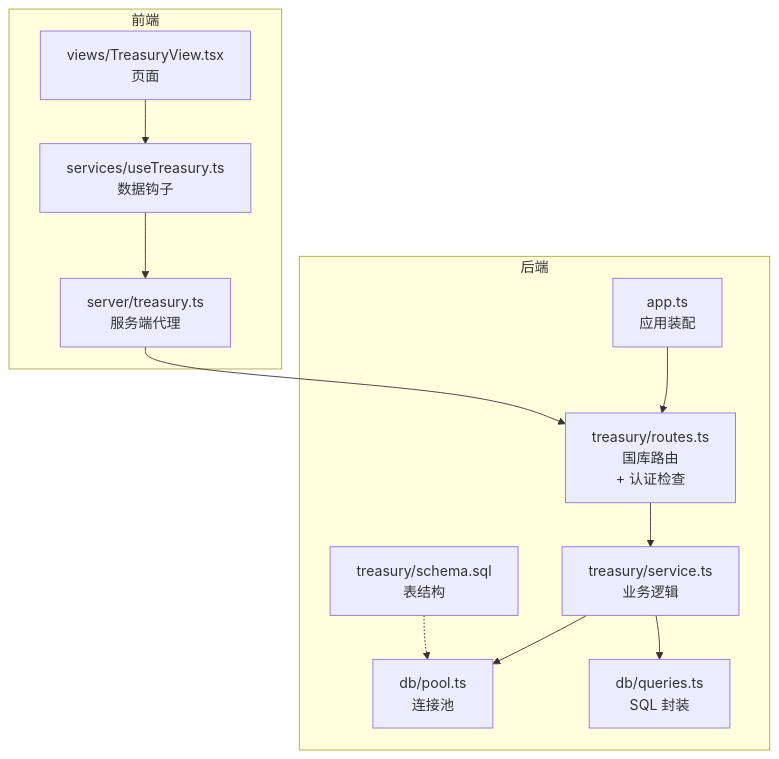
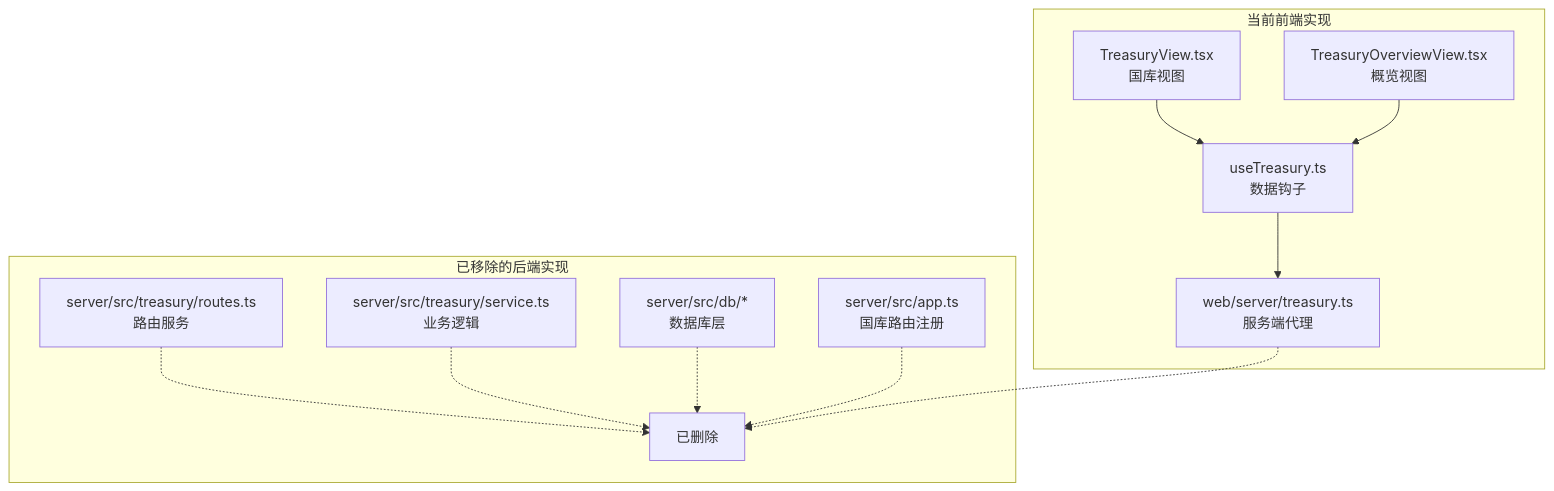
One commit to Maki3991/study-PactLedger changed the first of 2 diagrams in .qoder/repowiki/zh/content/业务逻辑层/国库管理系统.md. Above: the diagram before and after it, drawn with Mermaid. The commit also changed other lines of this file and 8 other files, not shown here.

````diff
--- a/.qoder/repowiki/zh/content/业务逻辑层/国库管理系统.md
+++ b/.qoder/repowiki/zh/content/业务逻辑层/国库管理系统.md
@@ -43,15 +47,15 @@
 ```mermaid
 graph TB
-subgraph "后端"
-A["app.ts<br/>应用装配"] --> B["treasury/routes.ts<br/>国库路由<br/>+ 认证检查"]
-B --> C["treasury/service.ts<br/>业务逻辑"]
-C --> D["db/pool.ts<br/>连接池"]
-C --> E["db/queries.ts<br/>SQL 封装"]
-F["treasury/schema.sql<br/>表结构"] -.-> D
+subgraph "当前前端实现"
+A["TreasuryView.tsx<br/>国库视图"] --> B["useTreasury.ts<br/>数据钩子"]
+C["TreasuryOverviewView.tsx<br/>概览视图"] --> B
+B --> D["web/server/treasury.ts<br/>服务端代理"]
 end
-subgraph "前端"
-G["views/TreasuryView.tsx<br/>页面"] --> H["services/useTreasury.ts<br/>数据钩子"]
-H --> I["server/treasury.ts<br/>服务端代理"]
+subgraph "已移除的后端实现"
+E["server/src/treasury/routes.ts<br/>路由服务"] -.-> X[已删除]
+F["server/src/treasury/service.ts<br/>业务逻辑"] -.-> X
+G["server/src/db/*<br/>数据库层"] -.-> X
+H["server/src/app.ts<br/>国库路由注册"] -.-> X
 end
-I --> B
+D -.-> X
 ```
````
